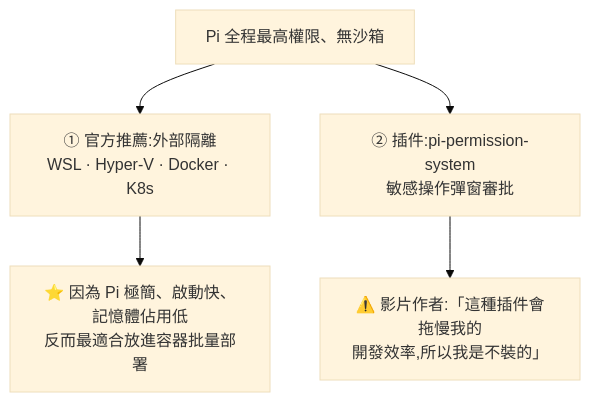
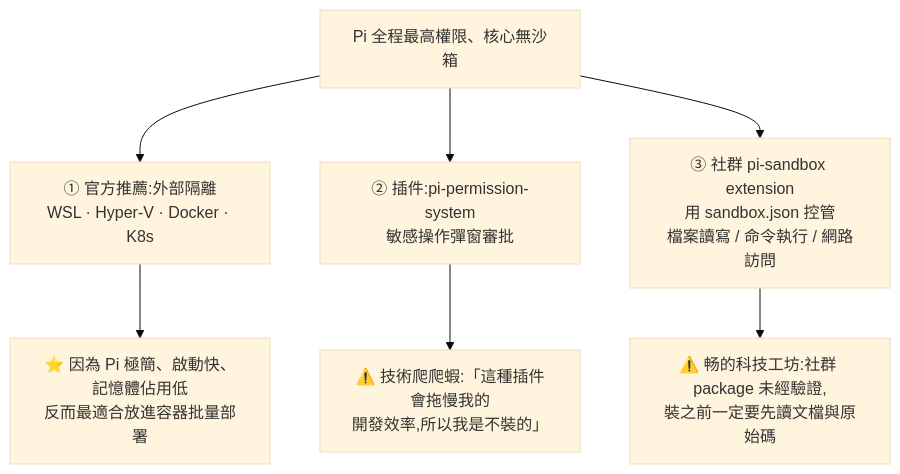
Diagram 11 of 12 in technology/ai-agents/applications/pi-minimal-agent-harness-teardown.md (shooter2062424/Knowledge), drawn with Mermaid (base theme) before and after one commit. The commit also changed other lines of this file and 1 other file, not shown here.

Commit message:
[feat] Pi 筆記併入畅的科技工坊上手指南:補 Extension/Package 之分、配置檔與四種模式、AGENTS.override.md 與 trust 澄清,並更新社群 sandbox extension

````diff
--- a/technology/ai-agents/applications/pi-minimal-agent-harness-teardown.md
+++ b/technology/ai-agents/applications/pi-minimal-agent-harness-teardown.md
@@ -308,7 +491,9 @@
 ```mermaid
 flowchart TB
-    RISK["Pi 全程最高權限、無沙箱"] --> S1["① 官方推薦:外部隔離<br/>WSL · Hyper-V · Docker · K8s"]
+    RISK["Pi 全程最高權限、核心無沙箱"] --> S1["① 官方推薦:外部隔離<br/>WSL · Hyper-V · Docker · K8s"]
     RISK --> S2["② 插件:pi-permission-system<br/>敏感操作彈窗審批"]
+    RISK --> S3["③ 社群 pi-sandbox extension<br/>用 sandbox.json 控管<br/>檔案讀寫 / 命令執行 / 網路訪問"]
     S1 --> W1["⭐ 因為 Pi 極簡、啟動快、記憶體佔用低<br/>反而最適合放進容器批量部署"]
-    S2 --> W2["⚠️ 影片作者:「這種插件會拖慢我的<br/>開發效率,所以我是不裝的」"]
+    S2 --> W2["⚠️ 技術爬爬蝦:「這種插件會拖慢我的<br/>開發效率,所以我是不裝的」"]
+    S3 --> W3["⚠️ 畅的科技工坊:社群 package 未經驗證,<br/>裝之前一定要先讀文檔與原始碼"]
 ```
````
